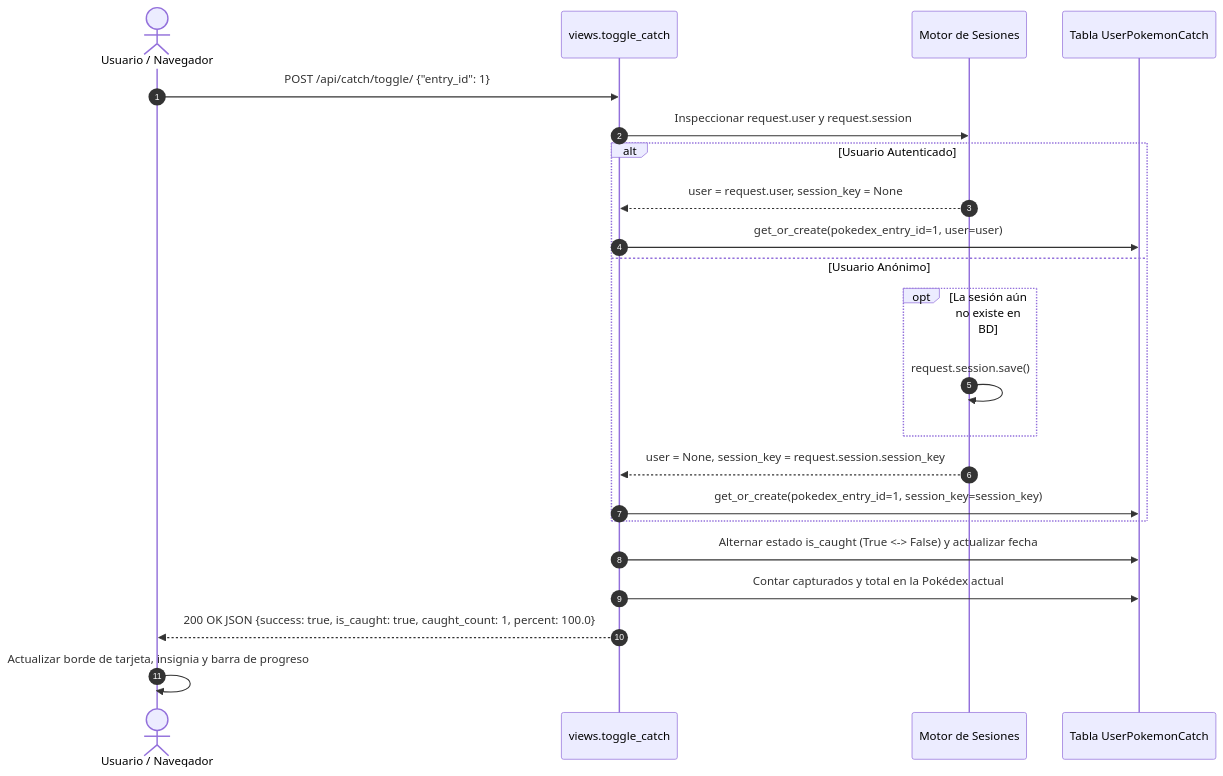
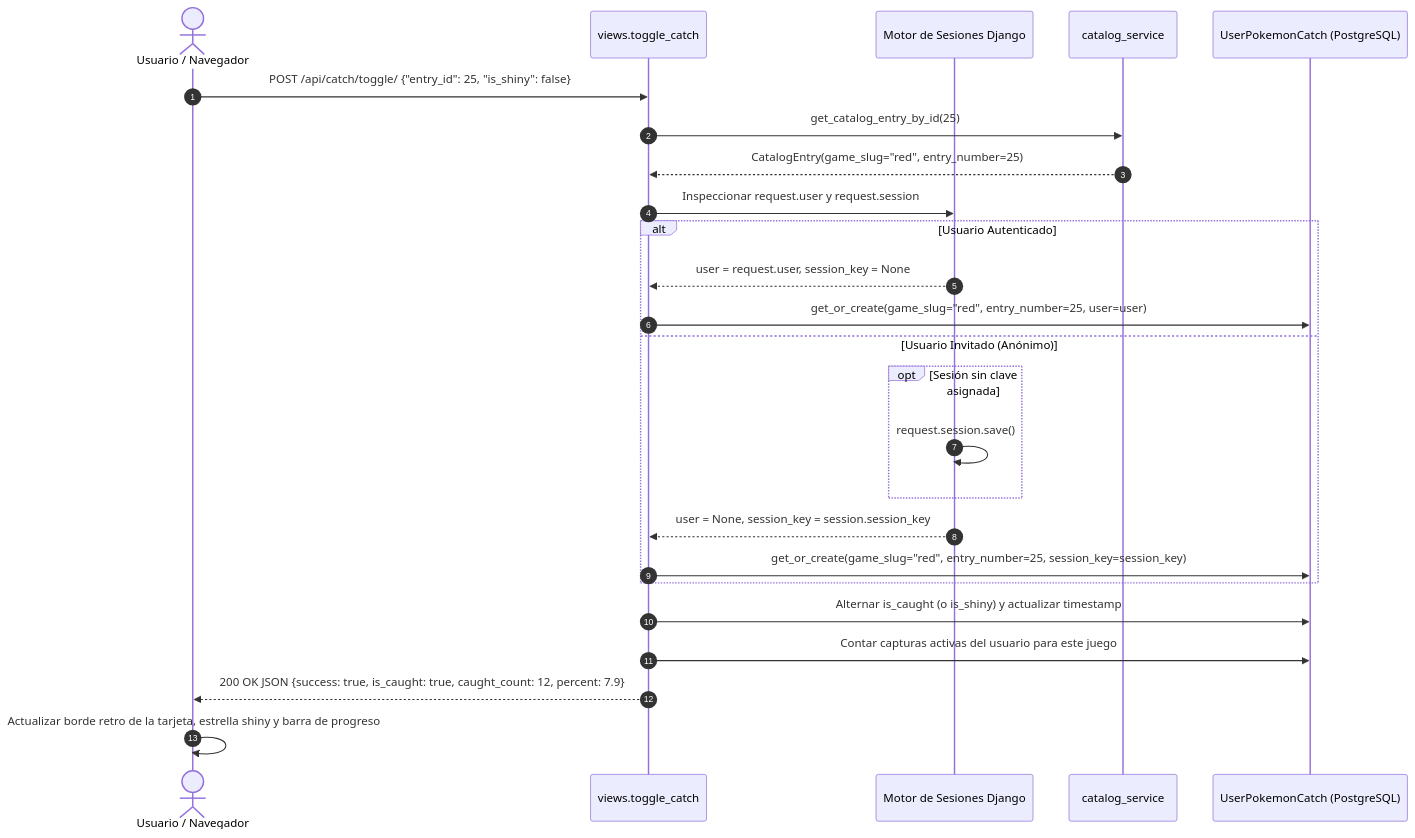
The second of 2 diagrams in docs/es/arquitectura.md (Gatozo/pokedexglobal), drawn with Mermaid before and after one commit. The commit also changed other lines of this file and 31 other files, not shown here.

````diff
--- a/docs/es/arquitectura.md
+++ b/docs/es/arquitectura.md
@@ -104,25 +110,28 @@
 ```mermaid
 sequenceDiagram
     autonumber
     actor Usuario as Usuario / Navegador
     participant Vista as views.toggle_catch
-    participant Sesion as Motor de Sesiones
-    participant BD as Tabla UserPokemonCatch
+    participant Sesion as Motor de Sesiones Django
+    participant Cat as catalog_service
+    participant BD as UserPokemonCatch (PostgreSQL)
 
-    Usuario->>Vista: POST /api/catch/toggle/ {"entry_id": 1}
+    Usuario->>Vista: POST /api/catch/toggle/ {"entry_id": 25, "is_shiny": false}
+    Vista->>Cat: get_catalog_entry_by_id(25)
+    Cat-->>Vista: CatalogEntry(game_slug="red", entry_number=25)
     Vista->>Sesion: Inspeccionar request.user y request.session
     alt Usuario Autenticado
         Sesion-->>Vista: user = request.user, session_key = None
-        Vista->>BD: get_or_create(pokedex_entry_id=1, user=user)
-    else Usuario Anónimo
-        opt La sesión aún no existe en BD
+        Vista->>BD: get_or_create(game_slug="red", entry_number=25, user=user)
+    else Usuario Invitado (Anónimo)
+        opt Sesión sin clave asignada
             Sesion->>Sesion: request.session.save()
         end
-        Sesion-->>Vista: user = None, session_key = request.session.session_key
-        Vista->>BD: get_or_create(pokedex_entry_id=1, session_key=session_key)
+        Sesion-->>Vista: user = None, session_key = session.session_key
+        Vista->>BD: get_or_create(game_slug="red", entry_number=25, session_key=session_key)
     end
-    Vista->>BD: Alternar estado is_caught (True <-> False) y actualizar fecha
-    Vista->>BD: Contar capturados y total en la Pokédex actual
-    Vista-->>Usuario: 200 OK JSON {success: true, is_caught: true, caught_count: 1, percent: 100.0}
-    Usuario->>Usuario: Actualizar borde de tarjeta, insignia y barra de progreso
+    Vista->>BD: Alternar is_caught (o is_shiny) y actualizar timestamp
+    Vista->>BD: Contar capturas activas del usuario para este juego
+    Vista-->>Usuario: 200 OK JSON {success: true, is_caught: true, caught_count: 12, percent: 7.9}
+    Usuario->>Usuario: Actualizar borde retro de la tarjeta, estrella shiny y barra de progreso
 ```
````
